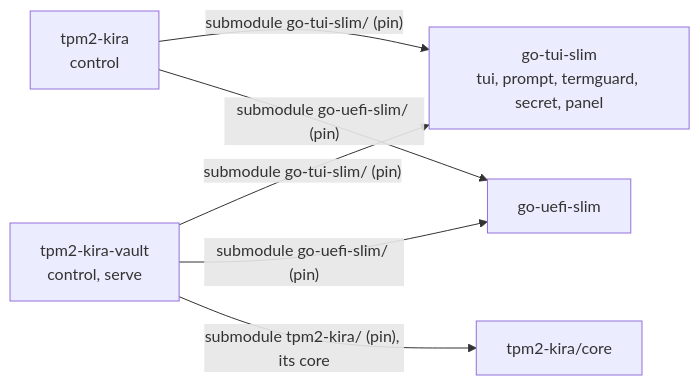
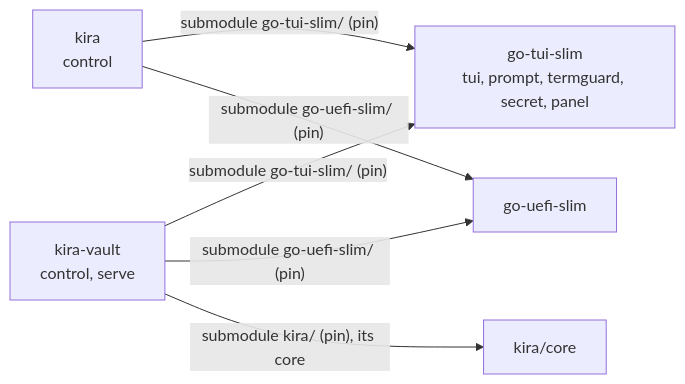
One commit to tpm2-trust/kira-vault changed the diagram in PLAN.md. Above: the diagram before and after it, drawn with Mermaid. The commit also changed other lines of this file and 27 other files, not shown here.

First line of the commit message:
tpm2-kira-vault is kira-vault, its submodule tpm2-kira is kira (3b32696)

````diff
--- a/PLAN.md
+++ b/PLAN.md
@@ -79,10 +79,10 @@
 ```mermaid
 flowchart LR
   TUI["go-tui-slim<br/>tui, prompt, termguard, secret, panel"]
   UEFI["go-uefi-slim"]
-  KIRA["tpm2-kira<br/>control"] -->|"submodule go-tui-slim/ (pin)"| TUI
-  VAULT["tpm2-kira-vault<br/>control, serve"] -->|"submodule go-tui-slim/ (pin)"| TUI
+  KIRA["kira<br/>control"] -->|"submodule go-tui-slim/ (pin)"| TUI
+  VAULT["kira-vault<br/>control, serve"] -->|"submodule go-tui-slim/ (pin)"| TUI
   VAULT -->|"submodule go-uefi-slim/ (pin)"| UEFI
   KIRA -->|"submodule go-uefi-slim/ (pin)"| UEFI
-  VAULT -->|"submodule tpm2-kira/ (pin), its core"| CORE["tpm2-kira/core"]
+  VAULT -->|"submodule kira/ (pin), its core"| CORE["kira/core"]
 ```
````
